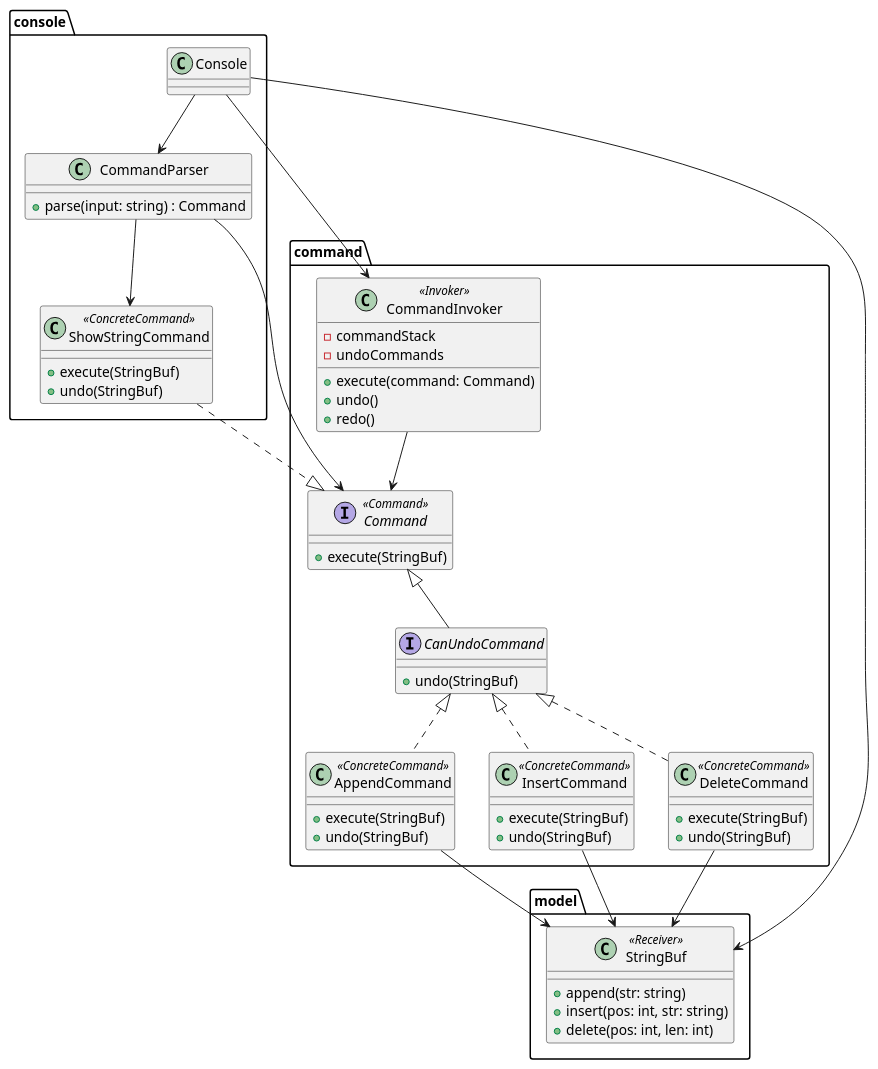
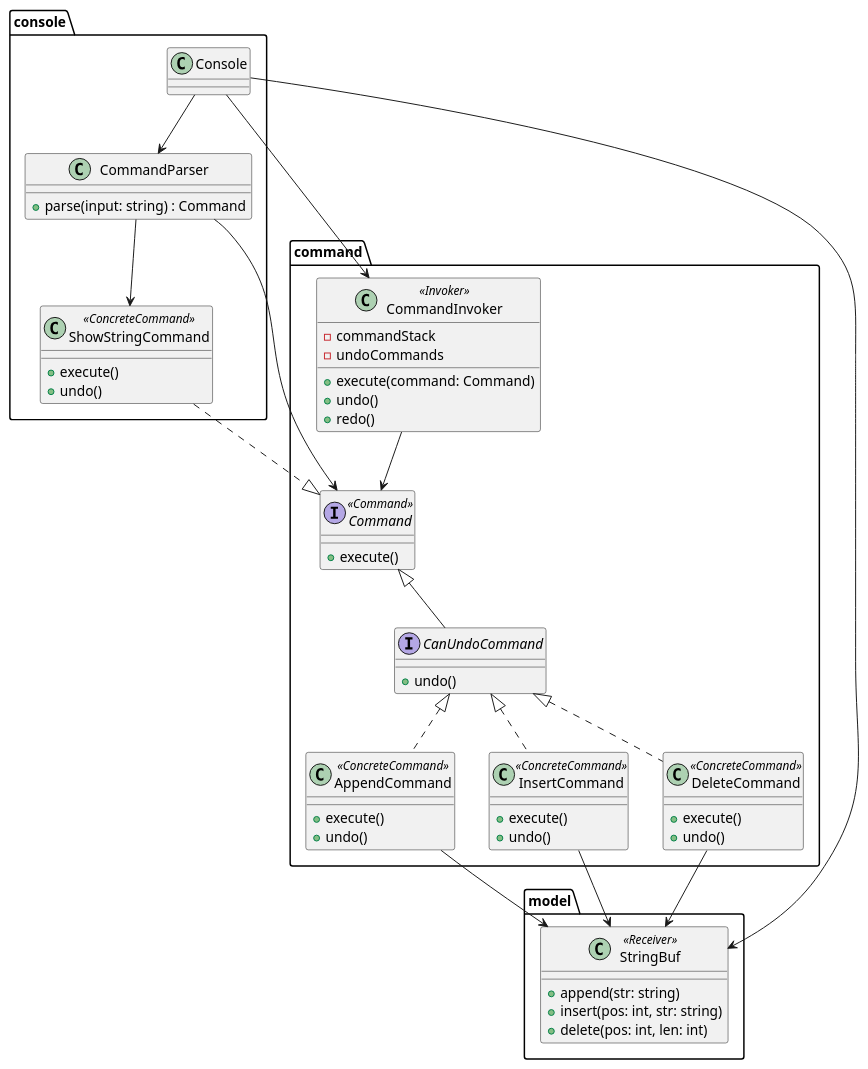
Before and after one commit to Heeqw/Software-Design: the second of 3 diagrams in src/main/java/designpattern/command/README.md, drawn with PlantUML. The commit also changed other lines of this file and 11 other files, not shown here.

````diff
--- a/src/main/java/designpattern/command/README.md
+++ b/src/main/java/designpattern/command/README.md
@@ -39,74 +42,74 @@
 ```plantuml
 @startuml
 
 
 package model{
     class StringBuf <<Receiver>> {
         +append(str: string)
         +insert(pos: int, str: string)
         +delete(pos: int, len: int)
     }
 }
 package command{
 
     interface Command <<Command>> {
-        +execute(StringBuf)
+        +execute()
     }
 
     interface CanUndoCommand extends Command{
-        +undo(StringBuf)
+        +undo()
     }
 
     class AppendCommand<<ConcreteCommand>> implements CanUndoCommand {
-        +execute(StringBuf)
-        +undo(StringBuf)
+        +execute()
+        +undo()
     }
     class InsertCommand<<ConcreteCommand>> implements CanUndoCommand {
-        +execute(StringBuf)
-        +undo(StringBuf)
+        +execute()
+        +undo()
     }
     class DeleteCommand<<ConcreteCommand>> implements CanUndoCommand {
-        +execute(StringBuf)
-        +undo(StringBuf)
+        +execute()
+        +undo()
     }
 
     class CommandInvoker<<Invoker>> {
         -commandStack
         -undoCommands
 
         +execute(command: Command)
         +undo()
         +redo()
     }
     CommandInvoker --> Command
 
 }
 
 package console{
     class CommandParser{
         +parse(input: string) : Command
     }
 
     class ShowStringCommand<<ConcreteCommand>> {
-        +execute(StringBuf)
-        +undo(StringBuf)
+        +execute()
+        +undo()
     }
 
     class Console
 
     Console --> CommandParser
     CommandParser --> ShowStringCommand
 
     
 }
 
 AppendCommand --> StringBuf
 InsertCommand --> StringBuf
 DeleteCommand --> StringBuf
 Console -> StringBuf
 CommandParser --> Command
 ShowStringCommand ..|> Command 
 Console -> CommandInvoker
 
 @enduml
 ```
````
